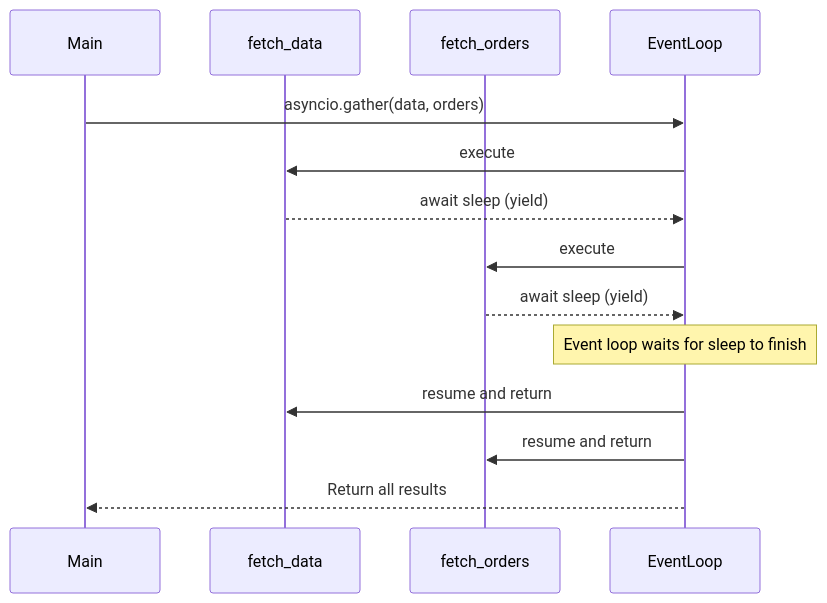
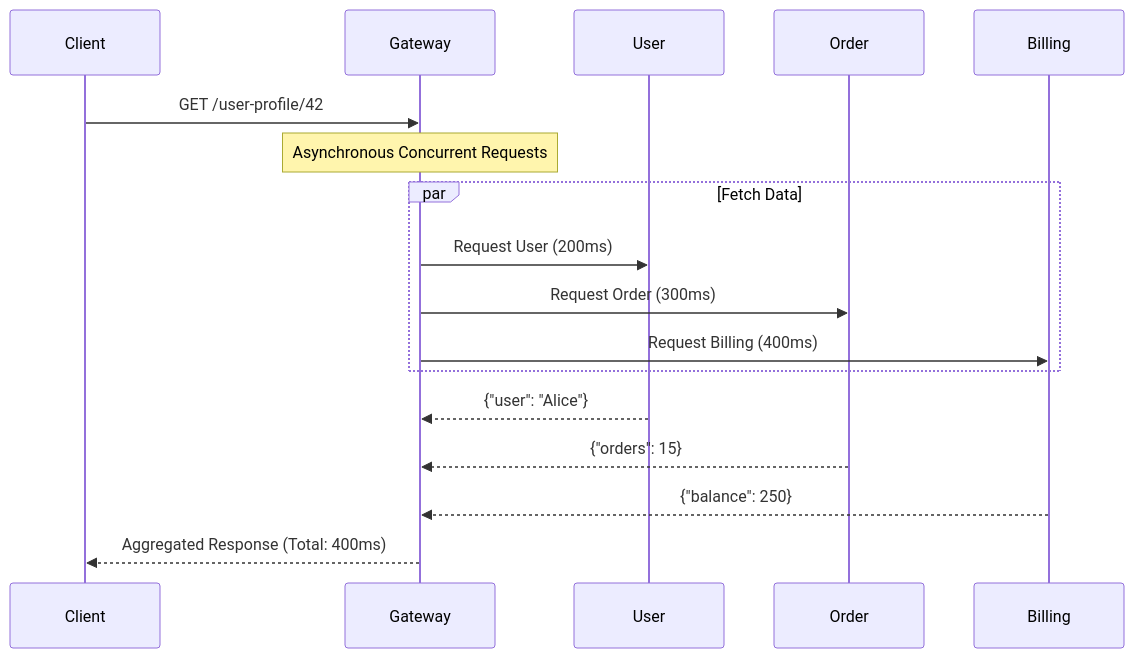
The third of 3 diagrams in docs/Async systems/Async await in Python.md (chakorabdellatif/async-queue), drawn with Mermaid before and after one commit. The commit also changed other lines of this file and 6 other files, not shown here.

````diff
--- a/docs/Async systems/Async await in Python.md
+++ b/docs/Async systems/Async await in Python.md
@@ -45,19 +230,23 @@
 ```mermaid
 sequenceDiagram
-    participant Main
-    participant fetch_data
-    participant fetch_orders
-    participant EventLoop
+    participant Client
+    participant Gateway
+    participant User
+    participant Order
+    participant Billing
     
-    Main->>EventLoop: asyncio.gather(data, orders)
-    EventLoop->>fetch_data: execute
-    fetch_data-->>EventLoop: await sleep (yield)
-    EventLoop->>fetch_orders: execute
-    fetch_orders-->>EventLoop: await sleep (yield)
+    Client->>Gateway: GET /user-profile/42
     
-    Note over EventLoop: Event loop waits for sleep to finish
+    Note over Gateway: Asynchronous Concurrent Requests
+    par Fetch Data
+        Gateway->>User: Request User (200ms)
+        Gateway->>Order: Request Order (300ms)
+        Gateway->>Billing: Request Billing (400ms)
+    end
     
-    EventLoop->>fetch_data: resume and return
-    EventLoop->>fetch_orders: resume and return
-    EventLoop-->>Main: Return all results
+    User-->>Gateway: {"user": "Alice"}
+    Order-->>Gateway: {"orders": 15}
+    Billing-->>Gateway: {"balance": 250}
+    
+    Gateway-->>Client: Aggregated Response (Total: 400ms)
 ```
````
